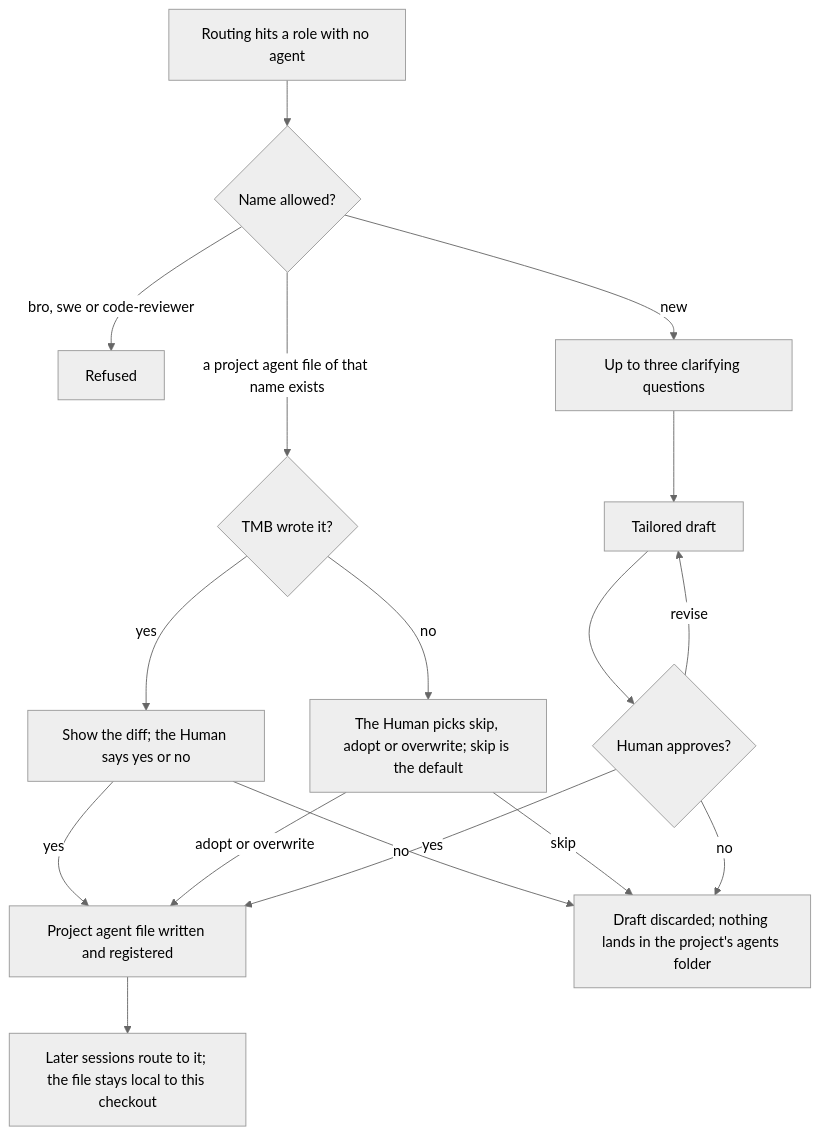
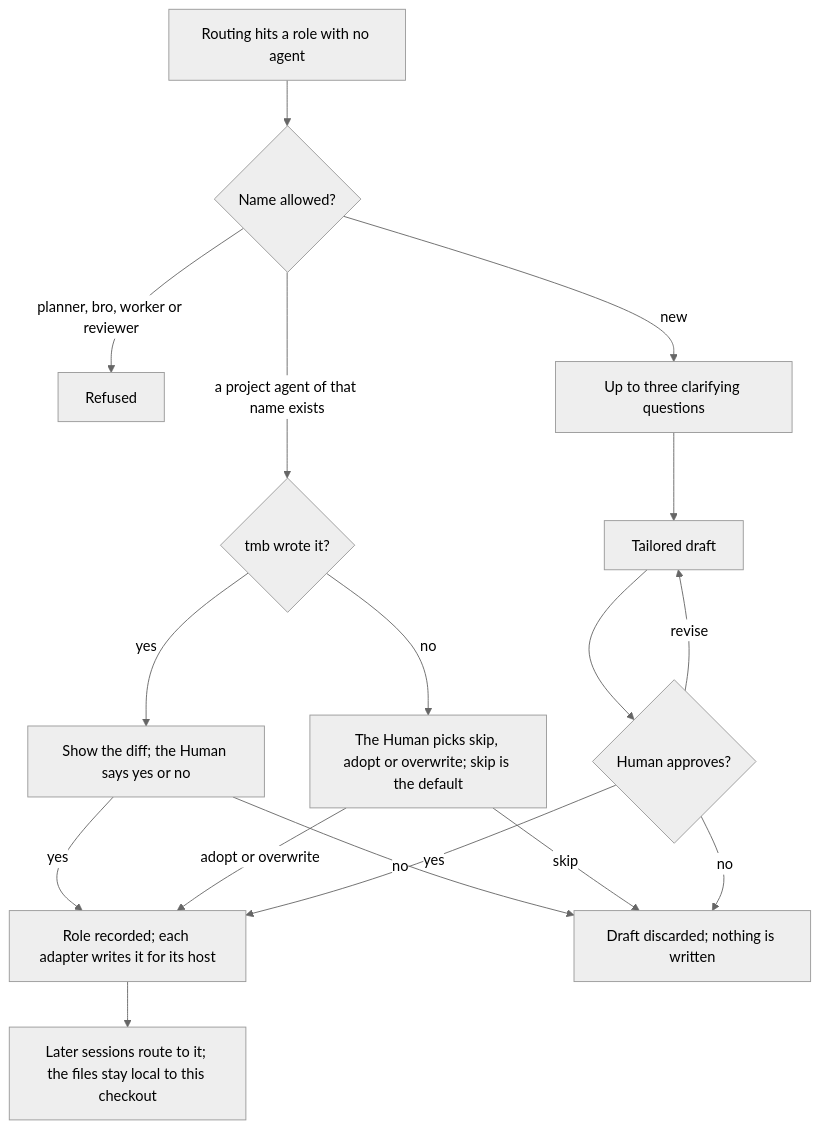
One commit to trustmybot/tmb changed the first of 4 diagrams in docs/architecture/EXTENDING.md. Above: the diagram before and after it, drawn with Mermaid (neutral theme). The commit also changed other lines of this file and 38 other files, not shown here.

````diff
--- a/docs/architecture/EXTENDING.md
+++ b/docs/architecture/EXTENDING.md
@@ -7,19 +11,19 @@
 ```mermaid
 flowchart TD
     A[Routing hits a role with no agent] --> B{Name allowed?}
-    B -- bro, swe or code-reviewer --> X[Refused]
-    B -- a project agent file of that name exists --> T{TMB wrote it?}
-    T -- yes --> U[Show the diff; the Human says yes or no]
-    T -- no --> V[The Human picks skip, adopt or overwrite; skip is the default]
+    B -- "planner, bro, worker or reviewer" --> X[Refused]
+    B -- a project agent of that name exists --> T{tmb wrote it?}
+    T -- yes --> U["Show the diff; the Human says yes or no"]
+    T -- no --> V["The Human picks skip, adopt or overwrite; skip is the default"]
     U -- yes --> W
     V -- adopt or overwrite --> W
     U -- no --> Z
     V -- skip --> Z
     B -- new --> Q[Up to three clarifying questions]
     Q --> D[Tailored draft]
     D --> H{Human approves?}
     H -- revise --> D
-    H -- no --> Z[Draft discarded; nothing lands in the project's agents folder]
-    H -- yes --> W[Project agent file written and registered]
-    W --> R[Later sessions route to it; the file stays local to this checkout]
+    H -- no --> Z["Draft discarded; nothing is written"]
+    H -- yes --> W[Role recorded; each adapter writes it for its host]
+    W --> R["Later sessions route to it; the files stay local to this checkout"]
 ```
````
